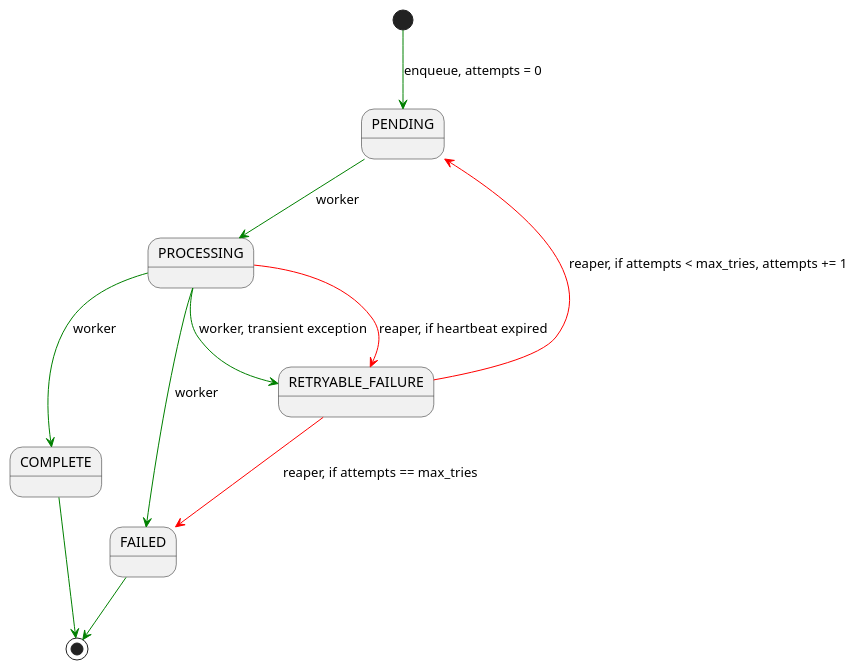
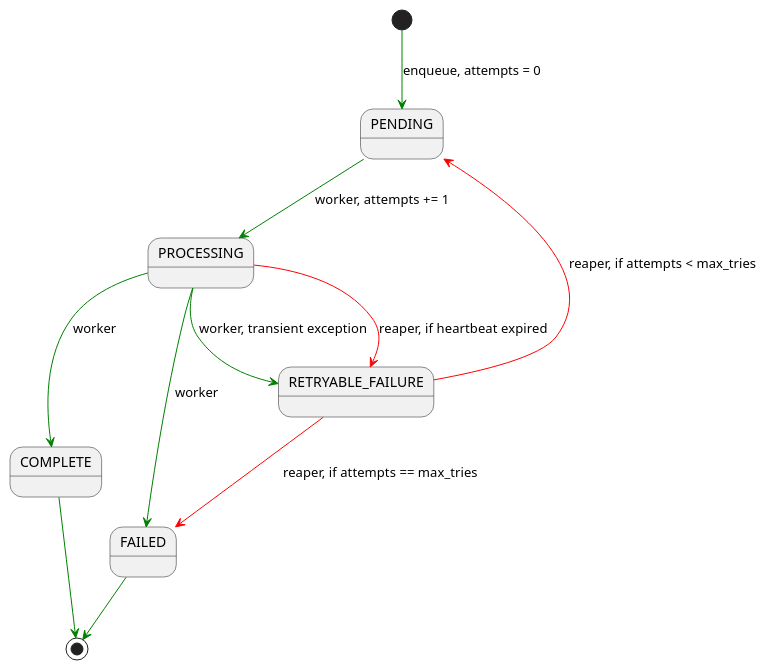
Before and after one commit to HugoLBatista/monetate-recommendations: the diagram in docs/state-diagram.puml, drawn with PlantUML.

Commit message:
Simplify, only modify attempts when worker accepts work.

```diff
--- a/docs/state-diagram.puml
+++ b/docs/state-diagram.puml
@@ -1,18 +1,19 @@
 @startuml precompute state diagram
 
 [*] -[#green]-> PENDING : enqueue, attempts = 0
 
-PENDING -[#green]-> PROCESSING : worker
+PENDING -[#green]-> PROCESSING : worker, attempts += 1
 
 PROCESSING -[#green]-> COMPLETE : worker
 PROCESSING -[#green]-> RETRYABLE_FAILURE : worker, transient exception
 PROCESSING -[#green]-> FAILED : worker
 
 PROCESSING -[#red]-> RETRYABLE_FAILURE: reaper, if heartbeat expired
-RETRYABLE_FAILURE -[#red]-> PENDING : reaper, if attempts < max_tries, attempts += 1
+
+RETRYABLE_FAILURE -[#red]-> PENDING : reaper, if attempts < max_tries
 RETRYABLE_FAILURE -[#red]-> FAILED : reaper, if attempts == max_tries
 
 COMPLETE -[#green]-> [*]
 FAILED -[#green]-> [*]
 
 @enduml
```
